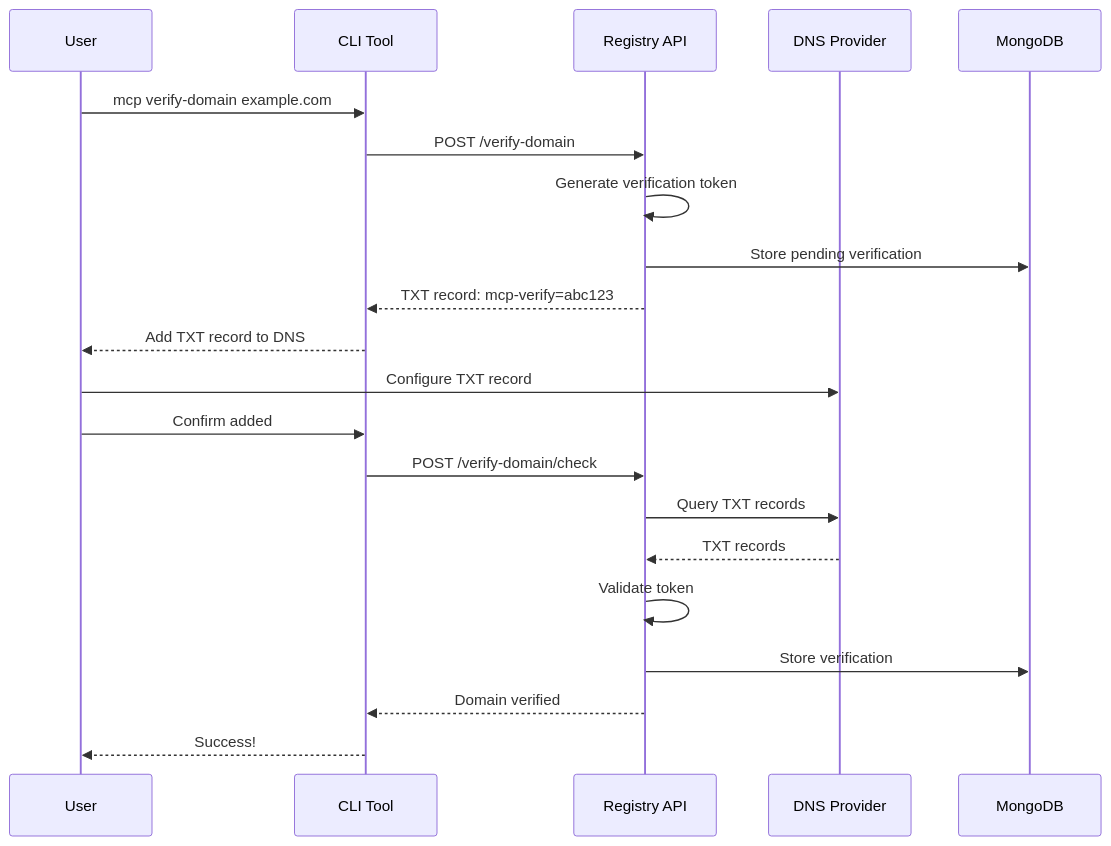
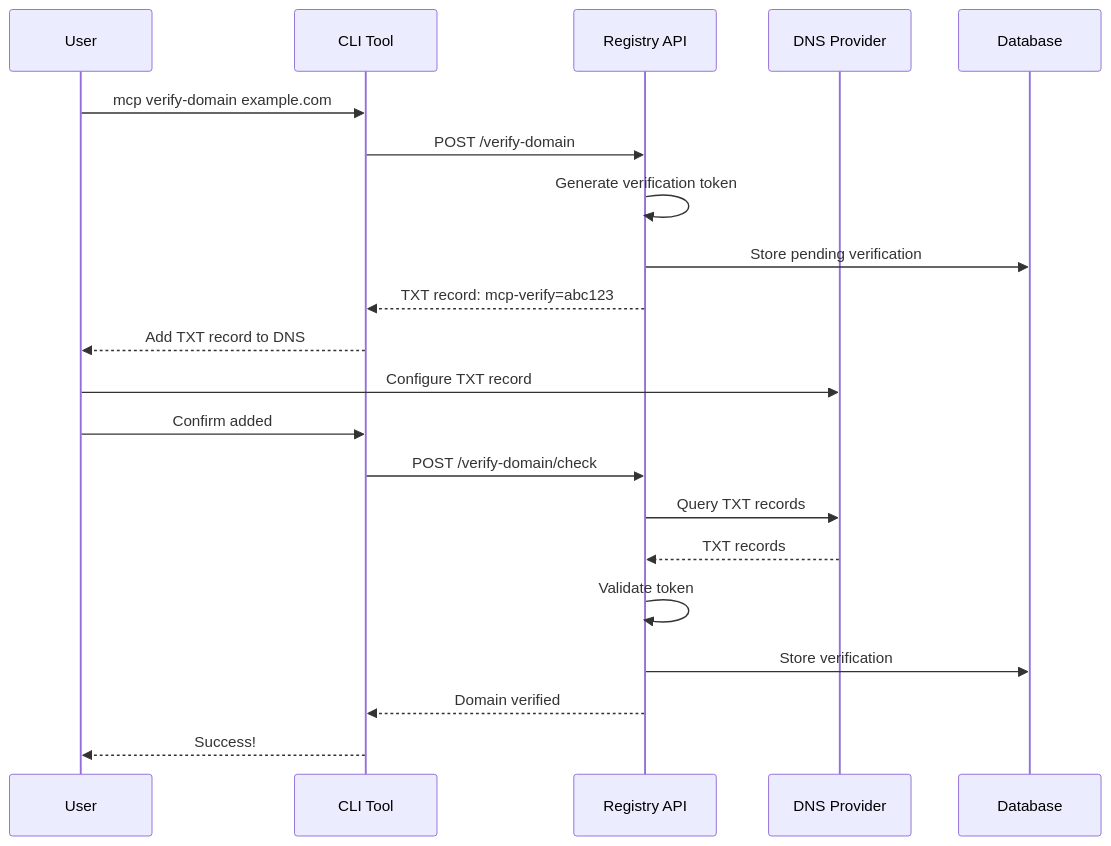
One commit to modelcontextprotocol/registry changed the fifth of 5 diagrams in docs/architecture.md. Above: the diagram before and after it, drawn with Mermaid.

Commit message:
Apply suggestion from @jonathanhefner

````diff
--- a/docs/architecture.md
+++ b/docs/architecture.md
@@ -184,24 +184,24 @@
 ```mermaid
 sequenceDiagram
     participant User as User
     participant CLI as CLI Tool
     participant API as Registry API
     participant DNS as DNS Provider
-    participant DB as MongoDB
+    participant DB as Database
     
     User->>CLI: mcp verify-domain example.com
     CLI->>API: POST /verify-domain
     API->>API: Generate verification token
     API->>DB: Store pending verification
     API-->>CLI: TXT record: mcp-verify=abc123
     CLI-->>User: Add TXT record to DNS
     User->>DNS: Configure TXT record
     User->>CLI: Confirm added
     CLI->>API: POST /verify-domain/check
     API->>DNS: Query TXT records
     DNS-->>API: TXT records
     API->>API: Validate token
     API->>DB: Store verification
     API-->>CLI: Domain verified
     CLI-->>User: Success!
 ```
````
